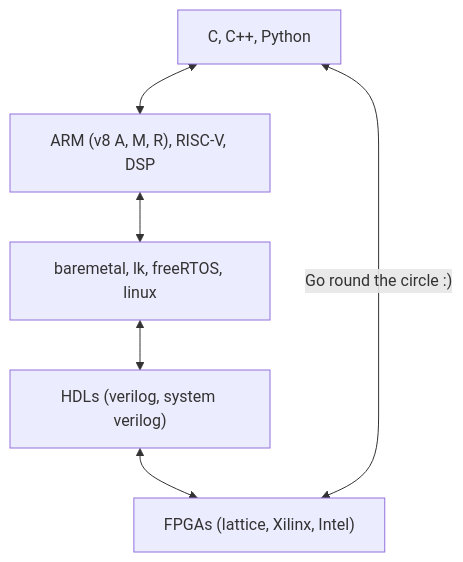
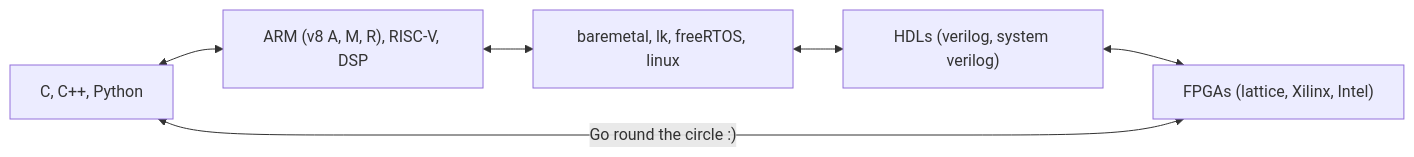
Before and after one commit to streetdogg/streetdogg: the diagram in README.md, drawn with Mermaid.

````diff
--- a/README.md
+++ b/README.md
@@ -1,8 +1,8 @@
 ```mermaid
-flowchart TD
+flowchart LR
     languages["C, C++, Python"] <--> cpu["ARM (v8 A, M, R), RISC-V, DSP"]
     cpu <-->os["baremetal, lk, freeRTOS, linux"]
     os <--> hw["HDLs (verilog, system verilog)"]
     hw <--> fpga["FPGAs (lattice, Xilinx, Intel)"]
-    fpga <--> |"Go round the circle :)"| languages
+    fpga <--> |" Go round the circle :) "| languages
 ```
````
